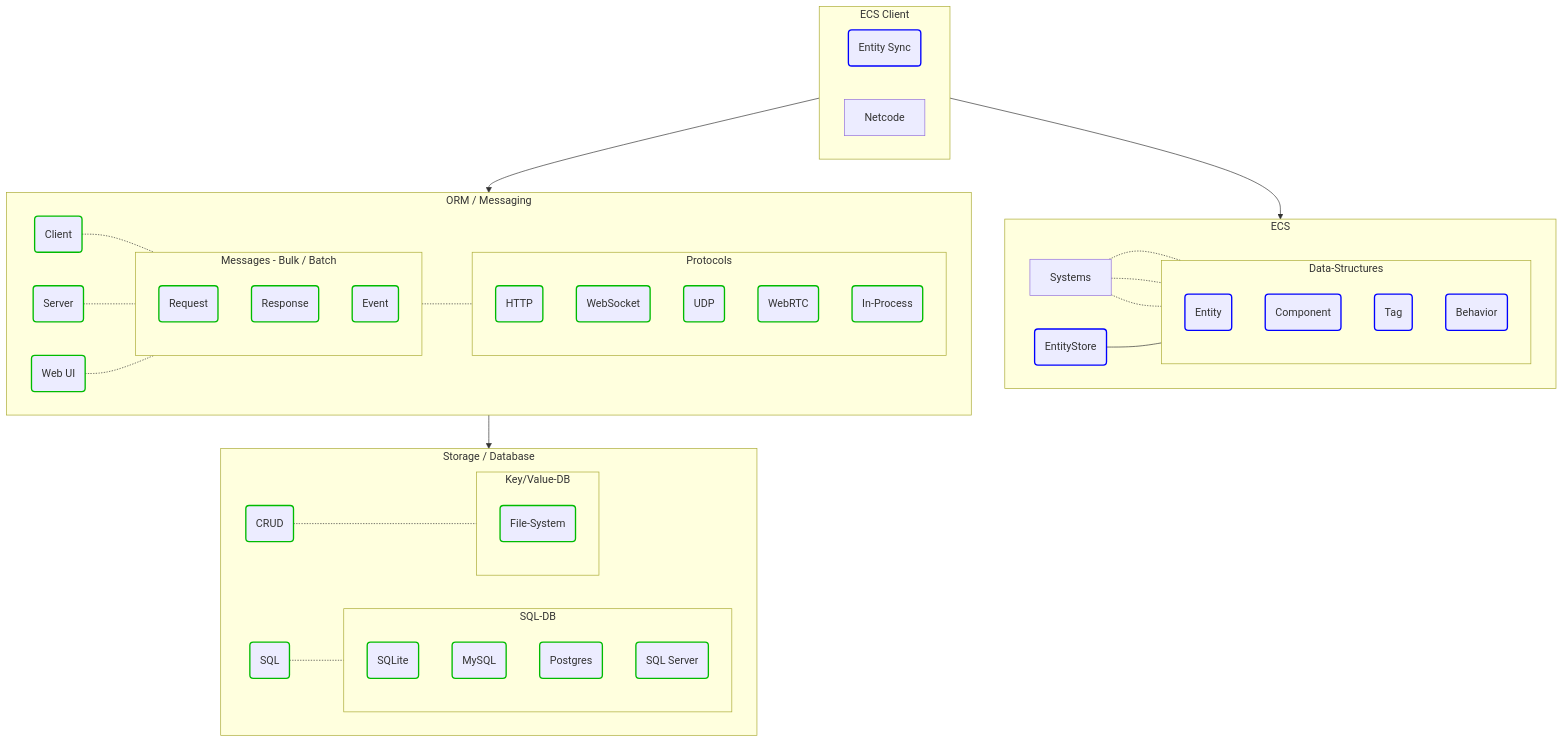
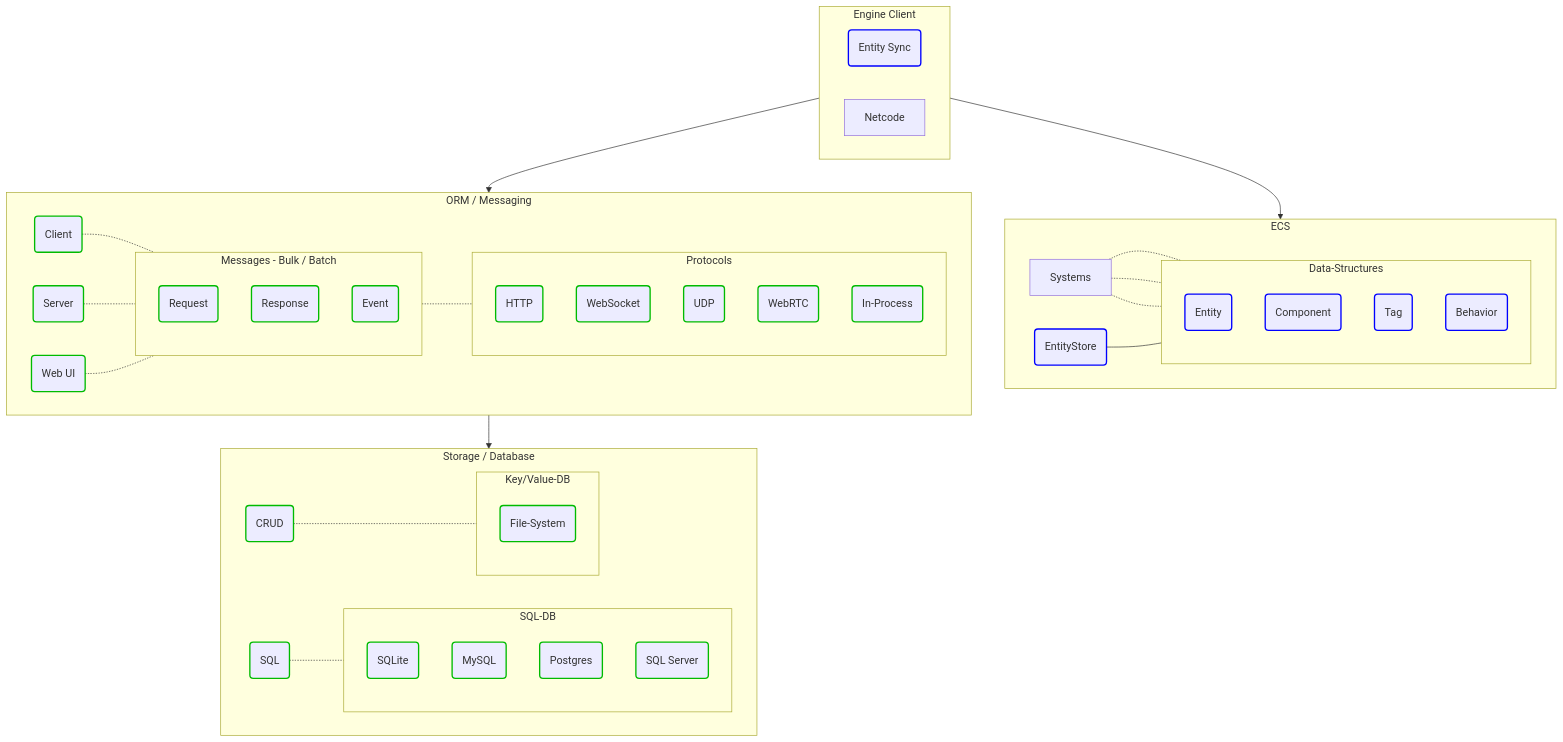
The second of 3 diagrams in Engine/README.md (friflo/Friflo.Json.Fliox), drawn with Mermaid before and after one commit. The commit also changed other lines of this file, not shown here.

Commit message:
Engine - update architecture diagram: fix naming -> Engine Client

````diff
--- a/Engine/README.md
+++ b/Engine/README.md
@@ -106,83 +106,83 @@
 ```mermaid
   graph TD;
     classDef finished       stroke:#0b0,stroke-width:2px;
     classDef implemented    stroke:#00f,stroke-width:2px;
 
-    subgraph ECS-Client[ECS Client];
+    subgraph Engine-Client[Engine Client];
         Sync(Entity Sync):::implemented;
         Netcode;
     end
 
     subgraph ECS;
         EntityStore(EntityStore):::implemented
         Systems
 
         subgraph Data-Structures;
         direction TB;
             Entity(Entity):::implemented
             Component(Component):::implemented
             Tag(Tag):::implemented
             Behavior(Behavior):::implemented
         end
 
         EntityStore  --- Data-Structures
 
         Systems      -.- Entity
         Systems      -.- Component
         Systems      -.- Tag
     end
 
     subgraph ORM[ORM / Messaging];
         Client(Client):::finished
         Server(Server):::finished
         WebUI(Web UI):::finished
 
         subgraph Messages[Messages - Bulk / Batch];
             direction TB;
             Request(Request):::finished
             Response(Response):::finished
             Event(Event):::finished
         end
 
         Client -.- Messages
         Server -.- Messages
         WebUI  -.- Messages
 
         subgraph Protocols;
             direction TB;
             HTTP(HTTP):::finished
             WebSocket(WebSocket):::finished
             UDP(UDP):::finished
             WebRTC(WebRTC):::finished
             In-Process(In-Process):::finished
         end
 
         Messages  -.- Protocols
     end
 
     subgraph Storage[Storage / Database];
         SQL(SQL):::finished
         CRUD(CRUD):::finished
 
         subgraph SQL-DB;
             direction TB;
             SQLite(SQLite):::finished
             MySQL(MySQL):::finished
             Postgres(Postgres):::finished
             SQL-Server(SQL Server):::finished
         end
 
         SQL     -.- SQL-DB
         CRUD    -.- Key/Value-DB
 
         subgraph Key/Value-DB;
             direction TB;
             File-System(File-System):::finished
         end
     end
 
-    ECS-Client  --> ECS
-    ECS-Client  --> ORM
-    ORM         --> Storage
+    Engine-Client   --> ECS
+    Engine-Client   --> ORM
+    ORM             --> Storage
     
 ```
````
